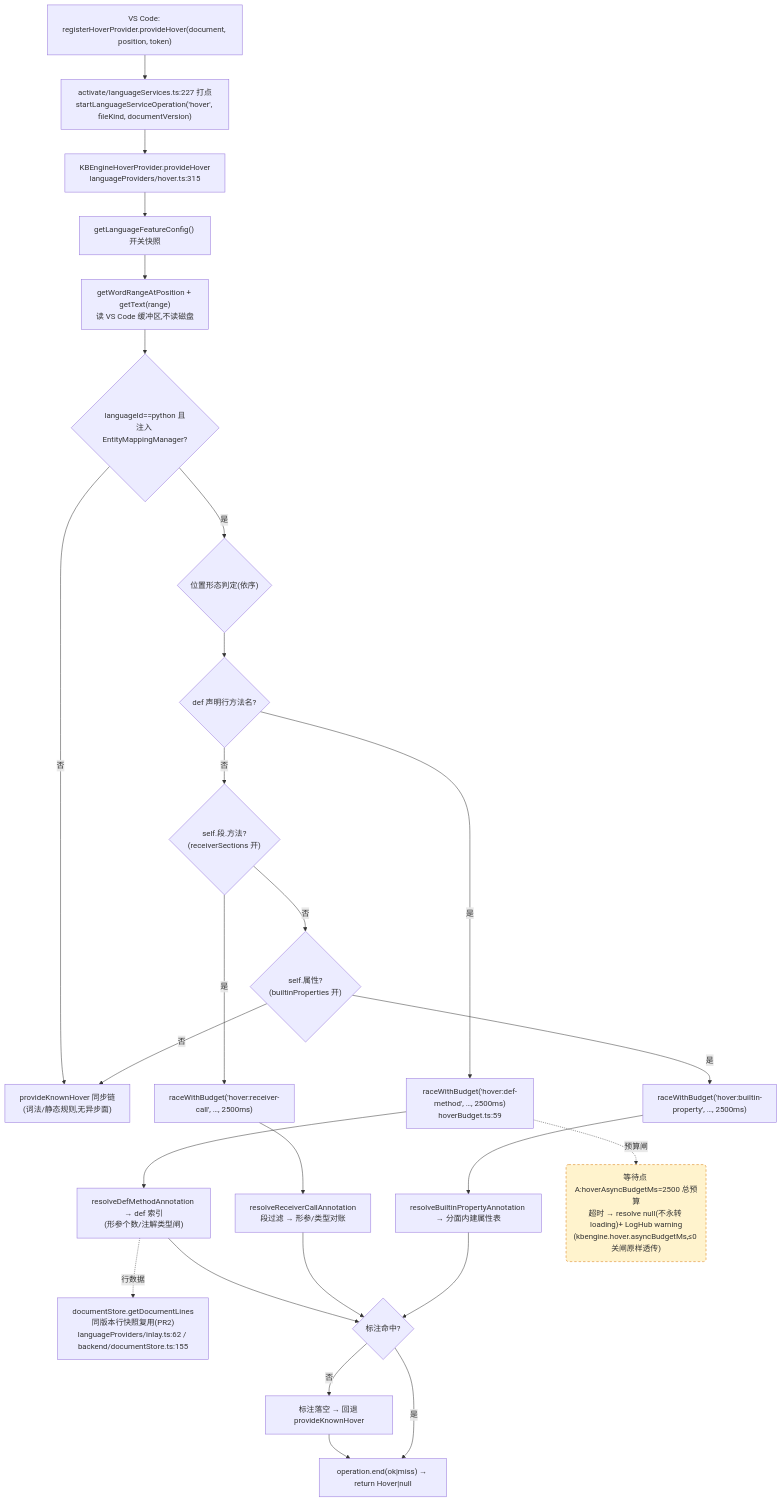
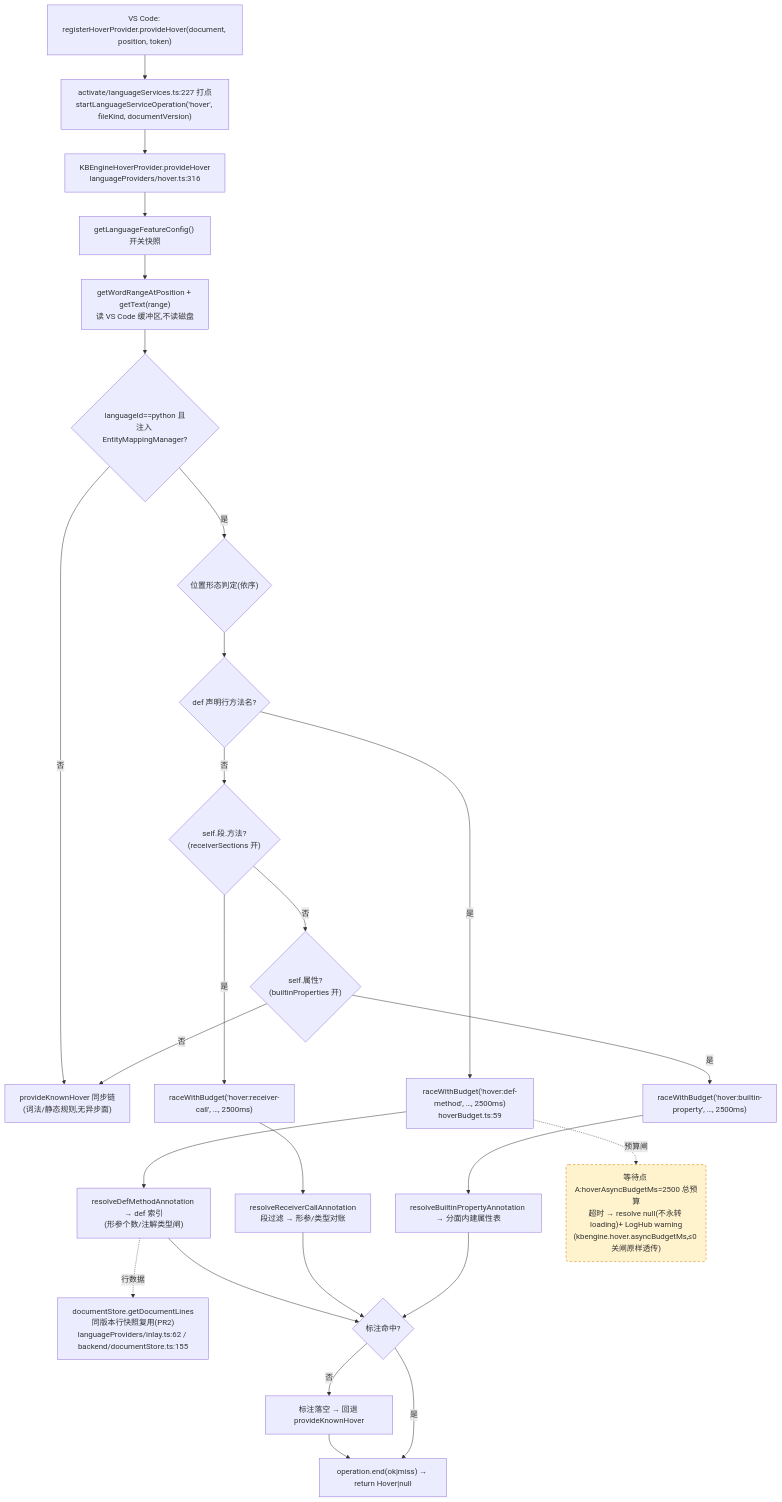
One commit to cuihairu/kode changed the first of 4 diagrams in docs/perf/2026-baseline.md. Above: the diagram before and after it, drawn with Mermaid. The commit also changed other lines of this file and 13 other files, not shown here.

````diff
--- a/docs/perf/2026-baseline.md
+++ b/docs/perf/2026-baseline.md
@@ -108,45 +109,45 @@
 ```mermaid
 flowchart TD
   VC1["VS Code: registerHoverProvider.provideHover(document, position, token)"]
   M1["activate/languageServices.ts:227 打点<br/>startLanguageServiceOperation('hover', fileKind, documentVersion)"]
-  HP["KBEngineHoverProvider.provideHover<br/>languageProviders/hover.ts:315"]
+  HP["KBEngineHoverProvider.provideHover<br/>languageProviders/hover.ts:316"]
   CFG["getLanguageFeatureConfig() 开关快照"]
   WORD["getWordRangeAtPosition + getText(range)<br/>读 VS Code 缓冲区,不读磁盘"]
   BR{"languageId==python 且<br/>注入 EntityMappingManager?"}
   KN["provideKnownHover 同步链<br/>(词法/静态规则,无异步面)"]
   POS{"位置形态判定(依序)"}
   D1{"def 声明行方法名?"}
   D2{"self.段.方法?<br/>(receiverSections 开)"}
   D3{"self.属性?<br/>(builtinProperties 开)"}
   RA1["raceWithBudget('hover:def-method', …, 2500ms)<br/>hoverBudget.ts:59"]
   RA2["raceWithBudget('hover:receiver-call', …, 2500ms)"]
   RA3["raceWithBudget('hover:builtin-property', …, 2500ms)"]
   RS1["resolveDefMethodAnnotation → def 索引<br/>(形参个数/注解类型闸)"]
   RS2["resolveReceiverCallAnnotation<br/>段过滤 → 形参/类型对账"]
   RS3["resolveBuiltinPropertyAnnotation → 分面内建属性表"]
   LINES["documentStore.getDocumentLines<br/>同版本行快照复用(PR2)<br/>languageProviders/inlay.ts:62 / backend/documentStore.ts:155"]
   MISS["标注落空 → 回退 provideKnownHover"]
   END1["operation.end(ok|miss) → return Hover|null"]
 
   VC1 --> M1 --> HP --> CFG --> WORD --> BR
   BR -- "否" --> KN
   BR -- "是" --> POS --> D1
   D1 -- "是" --> RA1 --> RS1
   D1 -- "否" --> D2
   D2 -- "是" --> RA2 --> RS2
   D2 -- "否" --> D3
   D3 -- "是" --> RA3 --> RS3
   D3 -- "否" --> KN
   RS1 --> HIT{"标注命中?"}
   RS2 --> HIT
   RS3 --> HIT
   RS1 -.->|行数据| LINES
   HIT -- "否" --> MISS --> END1
   HIT -- "是" --> END1
 
   WAITA("等待点 A:hoverAsyncBudgetMs=2500 总预算<br/>超时 → resolve null(不永转 loading)+ LogHub warning<br/>(kbengine.hover.asyncBudgetMs,≤0 关闸原样透传)")
   RA1 -.->|预算闸| WAITA
 
   classDef waitPoint fill:#fff3cd,stroke:#d97706,stroke-dasharray:5 4;
   class WAITA waitPoint;
 ```
````
